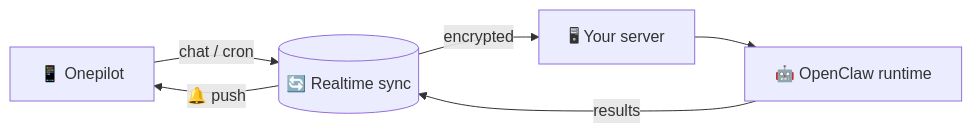
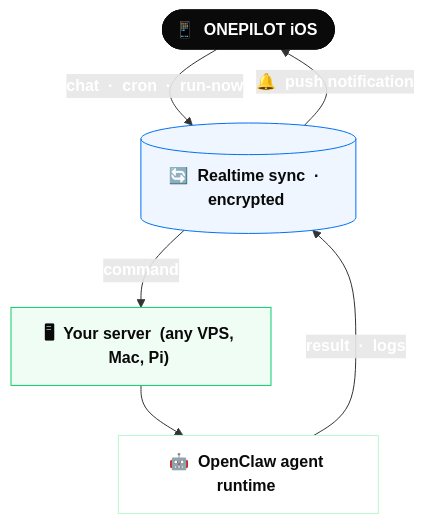
The second of 3 diagrams in README.md (sofiane8910/onepilotapp), drawn with Mermaid before and after one commit. The commit also changed other lines of this file, not shown here.

Commit message:
README: make diagram sections taller — TB layout + richer nodes
Switch the agent-flow and framework-adapter diagrams from horizontal to
top-down layouts so they render at full README width with real vertical
presence. Beef up node labels with sub-text where it adds context.

````diff
--- a/README.md
+++ b/README.md
@@ -68,8 +68,18 @@
 ```mermaid
-flowchart LR
-    A["📱 Onepilot"] -- "chat / cron" --> B[("🔄 Realtime sync")]
-    B -- "encrypted" --> C["🖥 Your server"]
-    C --> D["🤖 OpenClaw runtime"]
-    D -- "results" --> B
-    B -- "🔔 push" --> A
+flowchart TB
+    A(["📱 &nbsp;ONEPILOT iOS&nbsp;"])
+    A -- "chat &nbsp;·&nbsp; cron &nbsp;·&nbsp; run-now" --> B[("🔄 &nbsp;Realtime sync &nbsp;·&nbsp; encrypted&nbsp;")]
+    B -- "command" --> C["🖥 &nbsp;Your server &nbsp;(any VPS, Mac, Pi)&nbsp;"]
+    C --> D["🤖 &nbsp;OpenClaw agent runtime&nbsp;"]
+    D -- "result &nbsp;·&nbsp; logs" --> B
+    B -- "🔔 &nbsp;push notification" --> A
+
+    classDef root fill:#0a0a0a,stroke:#0a0a0a,color:#fff,font-weight:bold
+    classDef sync fill:#eff6ff,stroke:#0070f3,color:#0a0a0a,font-weight:bold
+    classDef server fill:#f0fdf4,stroke:#0cce6b,color:#0a0a0a,font-weight:bold
+    classDef agent fill:#ffffff,stroke:#bbf7d0,color:#0a0a0a
+    class A root
+    class B sync
+    class C server
+    class D agent
 ```
````
